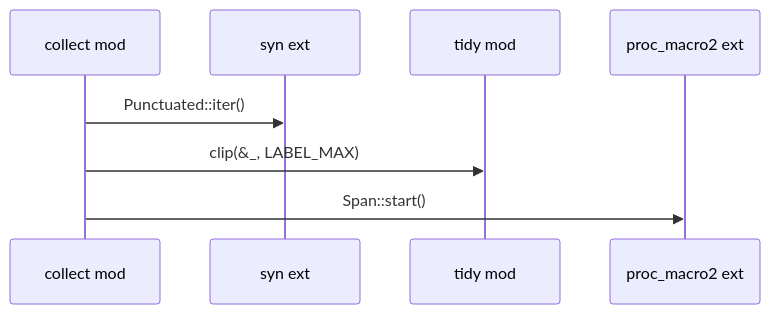
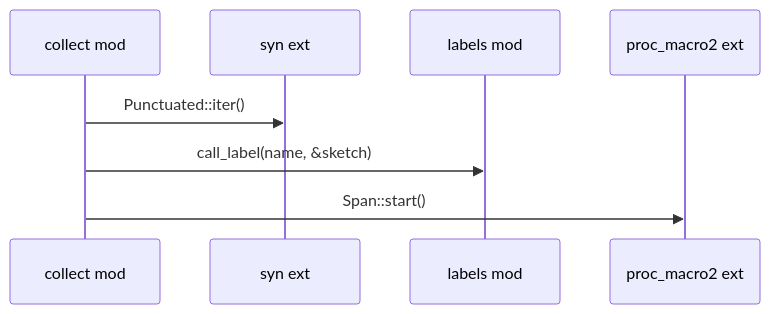
Before and after one commit to DreamLab-AI/codemaid: diagram 32 of 36 in docs/sealmap/crates/sealmap-rust/src/collect.rs.md, drawn with Mermaid. The commit also changed other lines of this file and 37 other files, not shown here.

First line of the commit message:
frontend: extract sealmap-frontend from sealmap-rust

````diff
--- a/docs/sealmap/crates/sealmap-rust/src/collect.rs.md
+++ b/docs/sealmap/crates/sealmap-rust/src/collect.rs.md
@@ -902,10 +902,10 @@
 ```mermaid
 sequenceDiagram
   participant sealmap_rust__collect as collect mod
   participant syn as syn ext
-  participant sealmap_rust__tidy as tidy mod
+  participant sealmap_frontend__labels as labels mod
   participant proc_macro2 as proc_macro2 ext
   sealmap_rust__collect->>syn: Punctuated::iter()
-  sealmap_rust__collect->>sealmap_rust__tidy: clip(&_, LABEL_MAX)
+  sealmap_rust__collect->>sealmap_frontend__labels: call_label(name, &sketch)
   sealmap_rust__collect->>proc_macro2: Span::start()
 ```
````
